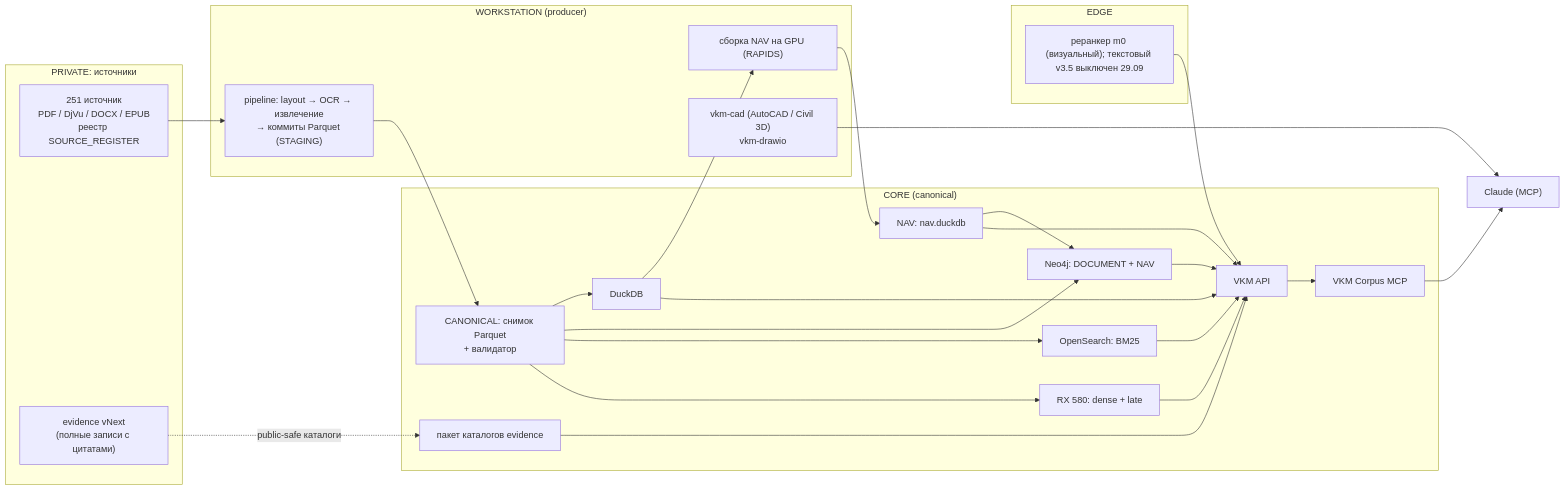
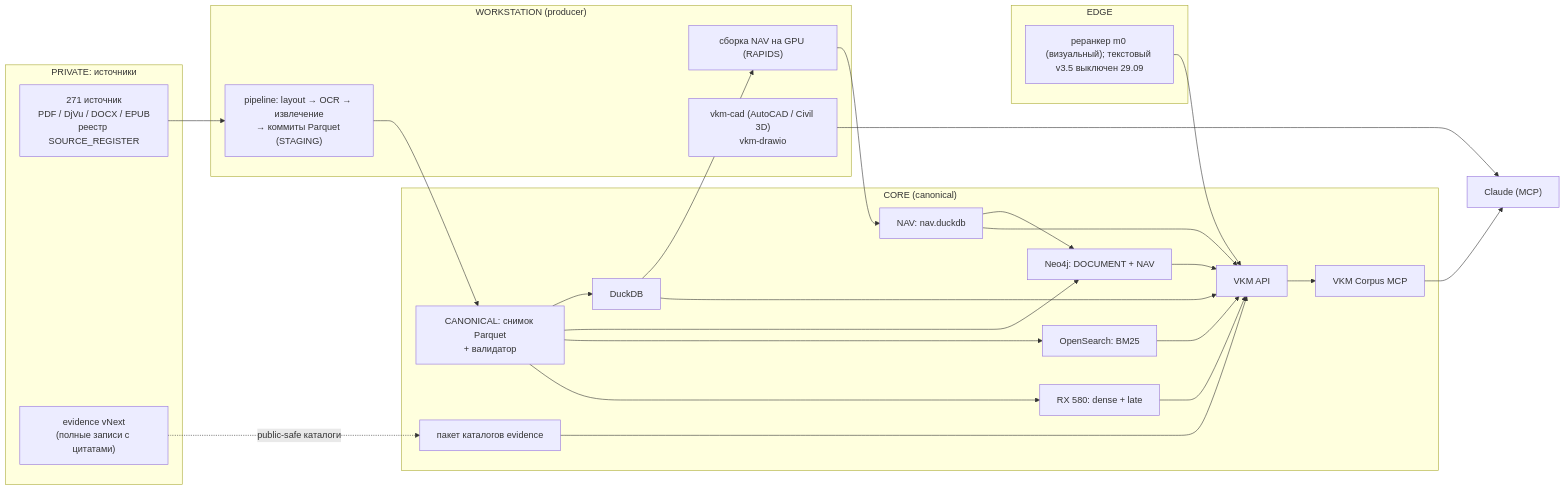
One commit to SUKUNA-AI/vkm-subsidence-forecasting changed the diagram in README.md. Above: the diagram before and after it, drawn with Mermaid. The commit also changed other lines of this file and 4 other files, not shown here.

Commit message:
docs: intake 2026-09-29 deployed on CORE - receipt CORE section (reconcile, NAV, NAV graph N1-N11, lab_refresh 209,259 equal, page vectors 26,744, restart, MCP smoke 45/45 PASS), note, receipts README row, README and PROJECT_STATE on snapshot 574daaac

````diff
--- a/README.md
+++ b/README.md
@@ -70,34 +71,34 @@
 ```mermaid
 flowchart LR
   subgraph PRIVATE["PRIVATE: источники"]
-    SRC["251 источник<br/>PDF / DjVu / DOCX / EPUB<br/>реестр SOURCE_REGISTER"]
+    SRC["271 источник<br/>PDF / DjVu / DOCX / EPUB<br/>реестр SOURCE_REGISTER"]
     EVP["evidence vNext<br/>(полные записи с цитатами)"]
   end
   subgraph WS["WORKSTATION (producer)"]
     PIPE["pipeline: layout → OCR → извлечение<br/>→ коммиты Parquet (STAGING)"]
     NAVB["сборка NAV на GPU (RAPIDS)"]
     TOOLS["vkm-cad (AutoCAD / Civil 3D)<br/>vkm-drawio"]
   end
   subgraph CORE["CORE (canonical)"]
     CAN["CANONICAL: снимок Parquet<br/>+ валидатор"]
     DDB["DuckDB"]
     NEO["Neo4j: DOCUMENT + NAV"]
     OS["OpenSearch: BM25"]
     RX["RX 580: dense + late"]
     NAV["NAV: nav.duckdb"]
     CAT["пакет каталогов evidence"]
     API["VKM API"]
     MCP["VKM Corpus MCP"]
   end
   subgraph EDGE["EDGE"]
     RR["реранкер m0 (визуальный); текстовый v3.5 выключен 29.09"]
   end
   SRC --> PIPE --> CAN
   CAN --> DDB & NEO & OS & RX
   DDB --> NAVB --> NAV --> NEO
   EVP -. public-safe каталоги .-> CAT
   DDB & NEO & OS & RX & NAV & CAT --> API --> MCP
   RR --> API
   MCP --> CLAUDE["Claude (MCP)"]
   TOOLS --> CLAUDE
 ```
````
